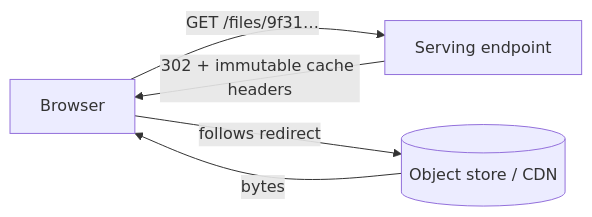
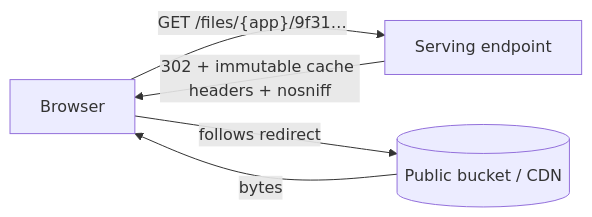
Before and after one commit to garden-co/jazz: the third of 3 diagrams in docs/superpowers/specs/2026-07-09-files-design-explained.md, drawn with Mermaid. The commit also changed other lines of this file and 1 other file, not shown here.

````diff
--- a/docs/superpowers/specs/2026-07-09-files-design-explained.md
+++ b/docs/superpowers/specs/2026-07-09-files-design-explained.md
@@ -249,7 +288,7 @@
 ```mermaid
 flowchart LR
-    B[Browser] -- "GET /files/9f31…" --> E[Serving endpoint]
-    E -- "302 + immutable cache headers" --> B
-    B -- follows redirect --> O[(Object store / CDN)]
+    B[Browser] -- "GET /files/{app}/9f31…" --> E[Serving endpoint]
+    E -- "302 + immutable cache headers + nosniff" --> B
+    B -- follows redirect --> O[(Public bucket / CDN)]
     O -- bytes --> B
 ```
````
